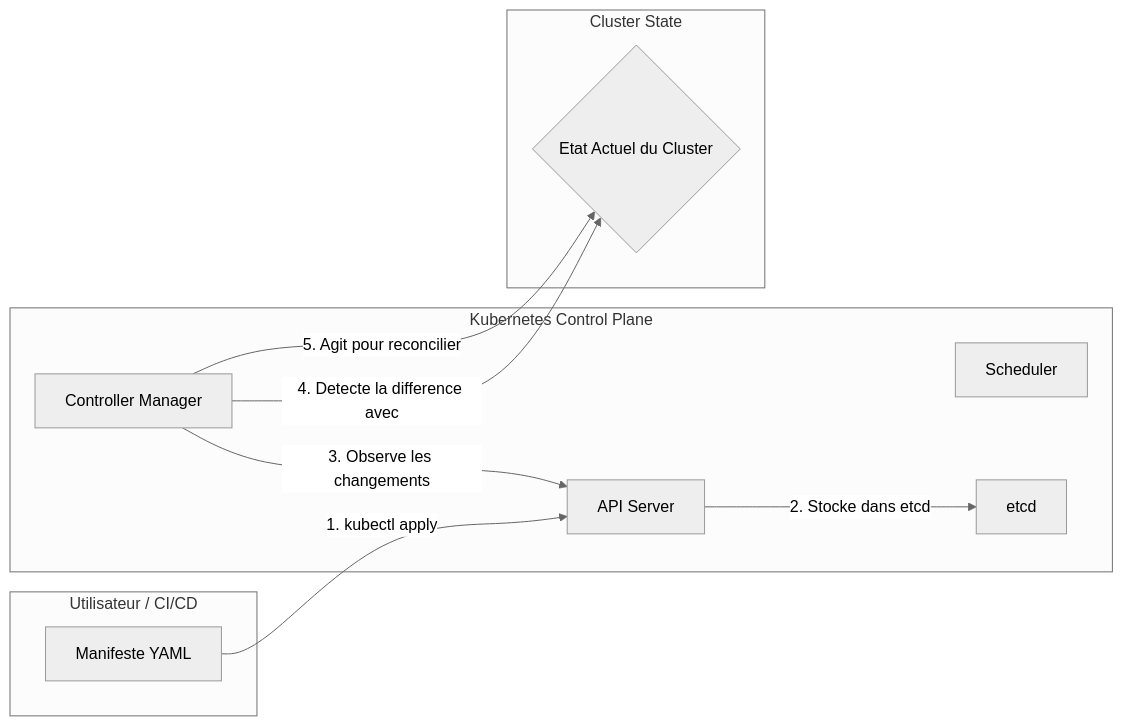
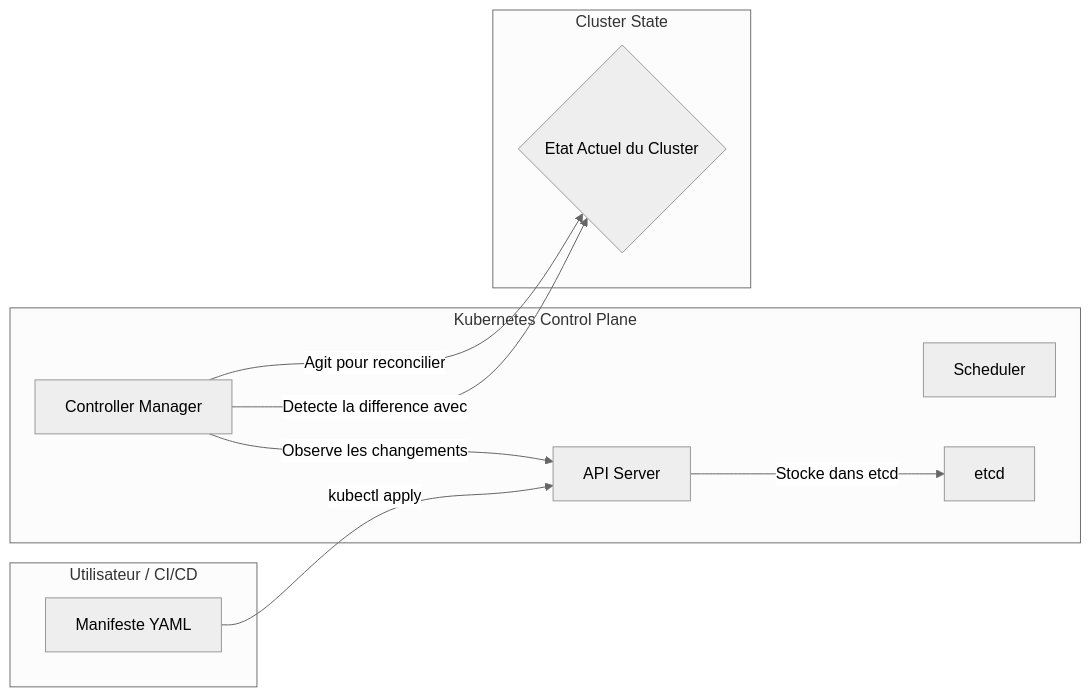
The second of 9 diagrams in sprint3.md (HarcheSamir/esisba-lirmm-ecommerce), drawn with Mermaid (neutral theme) before and after one commit. The commit also changed other lines of this file, not shown here.

````diff
--- a/sprint3.md
+++ b/sprint3.md
@@ -100,23 +92,23 @@
 ```mermaid
 graph LR
     subgraph "Utilisateur / CI/CD"
         YAML["Manifeste YAML"]
     end
     
     subgraph "Kubernetes Control Plane"
         APIServer["API Server"]
         ControllerManager["Controller Manager"]
         Scheduler["Scheduler"]
         ETCD["etcd"]
     end
 
     subgraph "Cluster State"
         CurrentState{"Etat Actuel du Cluster"}
     end
 
-    YAML -- "1. kubectl apply" --> APIServer
-    APIServer -- "2. Stocke dans etcd" --> ETCD
-    ControllerManager -- "3. Observe les changements" --> APIServer
-    ControllerManager -- "4. Detecte la difference avec" --> CurrentState
-    ControllerManager -- "5. Agit pour reconcilier" --> CurrentState
+    YAML -- "kubectl apply" --> APIServer
+    APIServer -- "Stocke dans etcd" --> ETCD
+    ControllerManager -- "Observe les changements" --> APIServer
+    ControllerManager -- "Detecte la difference avec" --> CurrentState
+    ControllerManager -- "Agit pour reconcilier" --> CurrentState
 ```
````
